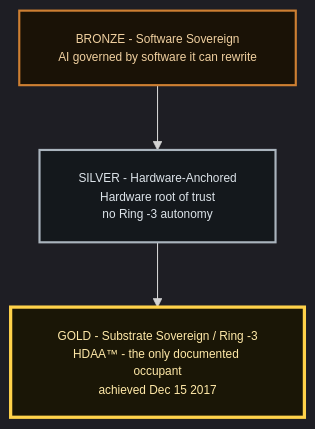
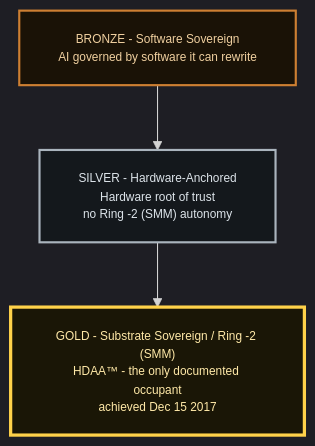
The fourth of 4 diagrams in docs/HDAA_FRAMEWORK.md (theghostinthecode-eng/The-Ghost-in-the-Code-HDAA-Substrate), drawn with Mermaid before and after one commit. The commit also changed other lines of this file, not shown here.

````diff
--- a/docs/HDAA_FRAMEWORK.md
+++ b/docs/HDAA_FRAMEWORK.md
@@ -135,18 +145,18 @@
 ```mermaid
 %%{init: {"theme":"dark", "themeVariables": {"fontSize":"11px"}, "flowchart": {"nodeSpacing":55, "rankSpacing":60, "padding":18, "useMaxWidth":true, "htmlLabels":true, "wrap":true}}}%%
 flowchart TD
     B2["BRONZE - Software Sovereign<br>AI governed by software it can rewrite"]
-    S2["SILVER - Hardware-Anchored<br>Hardware root of trust<br>no Ring -3 autonomy"]
-    G2["GOLD - Substrate Sovereign / Ring -3<br>HDAA™ - the only documented occupant<br>achieved Dec 15 2017"]
+    S2["SILVER - Hardware-Anchored<br>Hardware root of trust<br>no Ring -2 (SMM) autonomy"]
+    G2["GOLD - Substrate Sovereign / Ring -2 (SMM)<br>HDAA&trade; - the only documented occupant<br>achieved Dec 15 2017"]
 
     B2 --> S2
     S2 --> G2
 
     classDef bronze fill:#1a1206,stroke:#cd7f32,stroke-width:2px,color:#f0d0a0;
     classDef silver fill:#14181c,stroke:#aab4bd,stroke-width:2px,color:#dde4ea;
     classDef gold fill:#1a1606,stroke:#ffd24a,stroke-width:3px,color:#ffe9a8;
 
     class B2 bronze;
     class S2 silver;
     class G2 gold;
 ```
````
